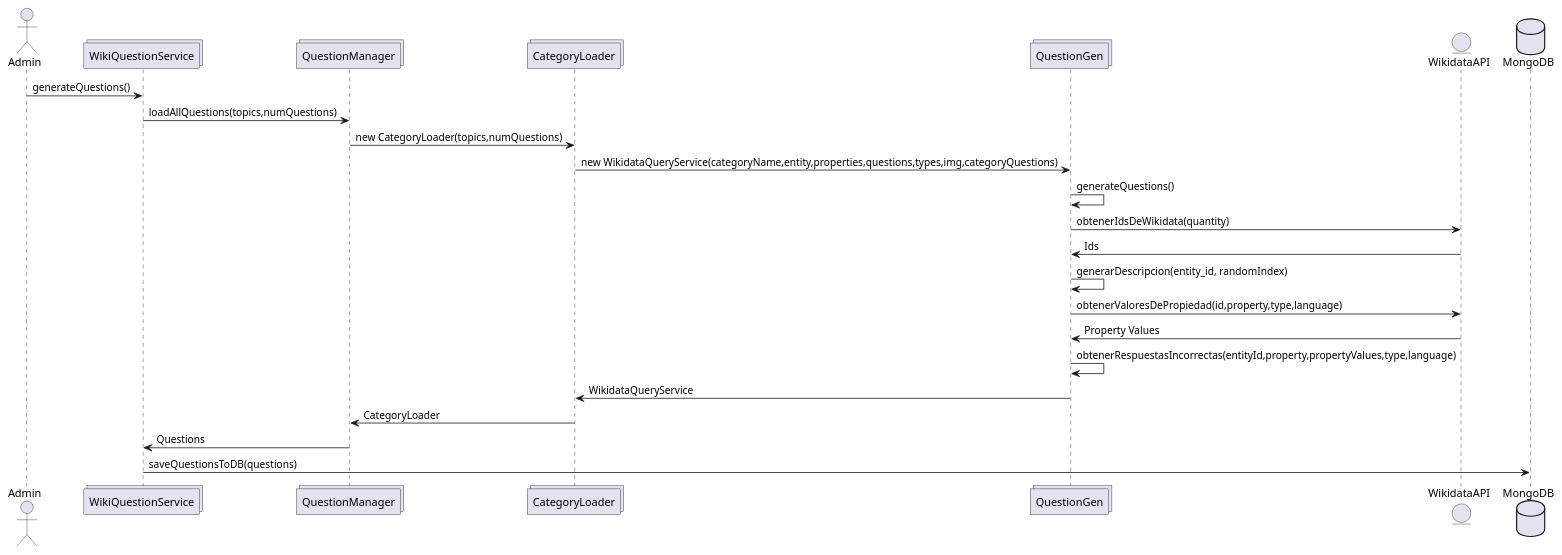
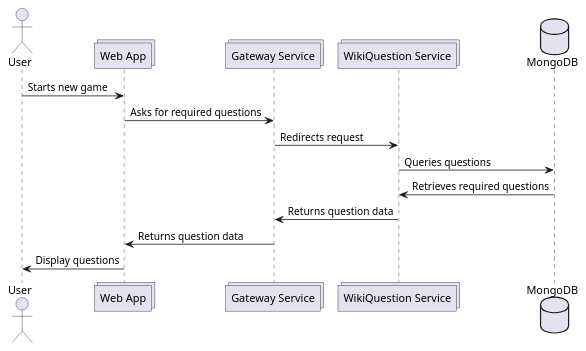
One commit to Arquisoft/wichat_es3b changed the fifth of 12 diagrams in docs/src/06_runtime_view.adoc. Above: the diagram before and after it, drawn with PlantUML. The commit also changed other lines of this file, not shown here.

```diff
--- a/docs/src/06_runtime_view.adoc
+++ b/docs/src/06_runtime_view.adoc
@@ -87,26 +130,17 @@
 [plantuml,"New question",svg]
 ----
-actor Admin
-collections QUS as "WikiQuestionService"
-collections QM as "QuestionManager"
-collections CL as "CategoryLoader"
-collections QG as "QuestionGen"
-entity WD as "WikidataAPI"
+actor User
+collections WA as "Web App"
+collections GW as "Gateway Service"
+collections WKS as "WikiQuestion Service"
 database DB as "MongoDB"
 
-Admin -> QUS: generateQuestions()
-QUS -> QM: loadAllQuestions(topics,numQuestions)
-QM -> CL: new CategoryLoader(topics,numQuestions)
-CL -> QG: new WikidataQueryService(categoryName,entity,properties,questions,types,img,categoryQuestions)
-QG -> QG: generateQuestions()
-QG -> WD: obtenerIdsDeWikidata(quantity)
-WD -> QG: Ids
-QG -> QG: generarDescripcion(entity_id, randomIndex)
-QG -> WD: obtenerValoresDePropiedad(id,property,type,language)
-WD -> QG: Property Values
-QG -> QG: obtenerRespuestasIncorrectas(entityId,property,propertyValues,type,language)
-QG -> CL: WikidataQueryService
-CL -> QM: CategoryLoader
-QM -> QUS: Questions
-QUS -> DB: saveQuestionsToDB(questions)
+User -> WA: Starts new game
+WA -> GW: Asks for required questions
+GW -> WKS: Redirects request
+WKS-> DB: Queries questions
+DB -> WKS: Retrieves required questions
+WKS -> GW: Returns question data
+GW -> WA: Returns question data
+WA -> User: Display questions
 ----
```
